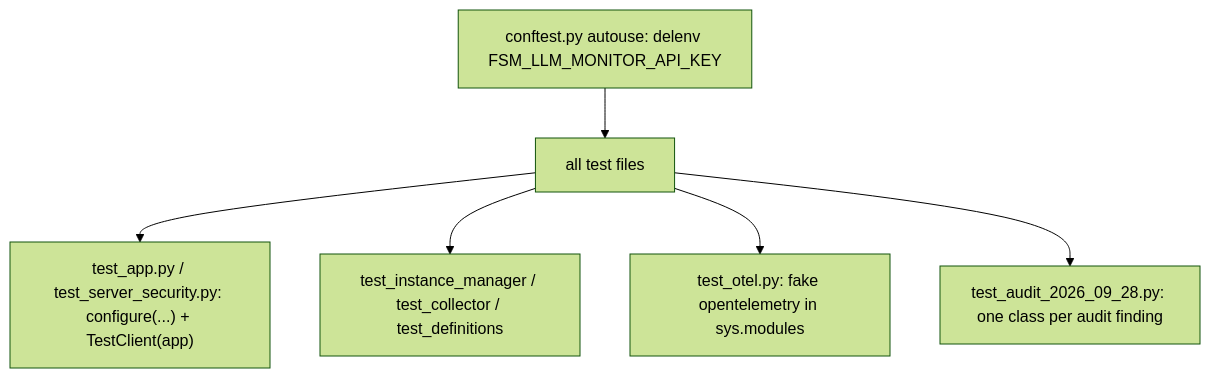
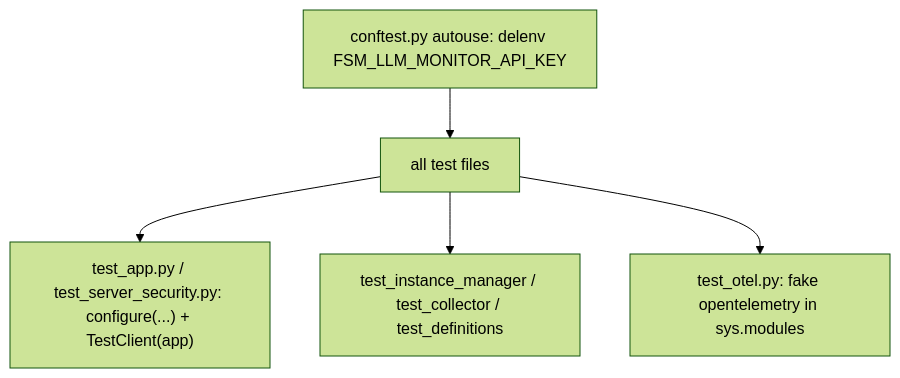
The diagram in tests/test_fsm_llm_monitor/AGENTS.md (NikolasMarkou/fsm_llm), drawn with Mermaid (forest theme) before and after one commit. The commit also changed other lines of this file and 7 other files, not shown here.

Commit message:
[plan-2026-11-12-d454fd62/iter-1/step-34] test(structure): fold the monitor audit file into feature files

````diff
--- a/tests/test_fsm_llm_monitor/AGENTS.md
+++ b/tests/test_fsm_llm_monitor/AGENTS.md
@@ -14,9 +14,8 @@
 ```mermaid
 flowchart TD
     conftest["conftest.py autouse: delenv FSM_LLM_MONITOR_API_KEY"]
     conftest --> tests[all test files]
     tests --> http["test_app.py / test_server_security.py: configure(...) + TestClient(app)"]
     tests --> unit["test_instance_manager / test_collector / test_definitions"]
     tests --> otel["test_otel.py: fake opentelemetry in sys.modules"]
-    tests --> audit["test_audit_2026_09_28.py: one class per audit finding"]
 ```
````
